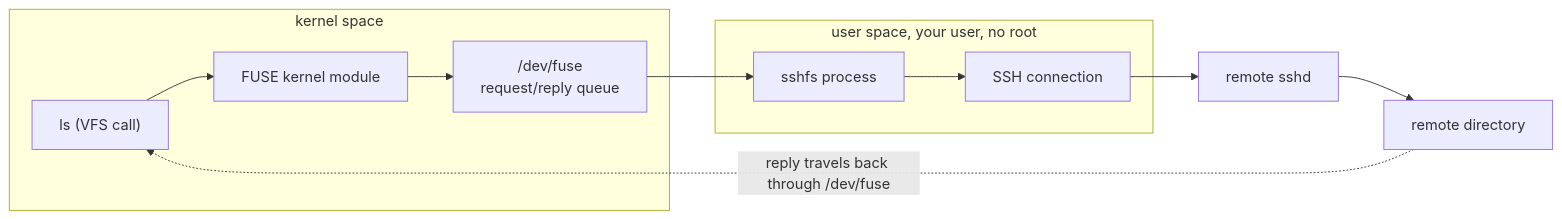
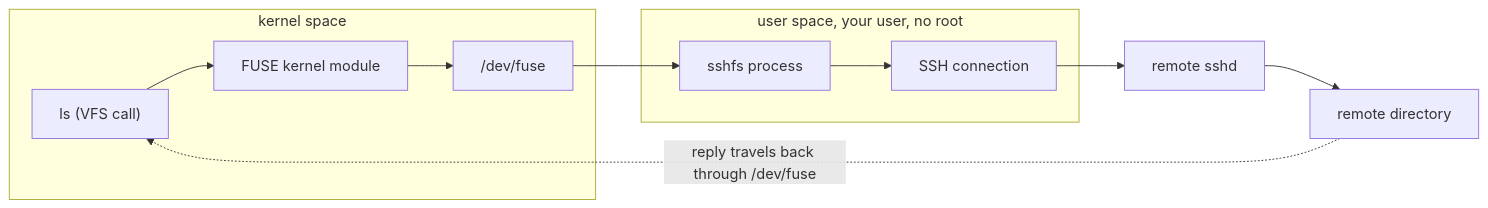
The diagram in sections/section-020/module-01/course-01-sshfs-and-fuse.md (astrona-io/ATS004), drawn with Mermaid before and after one commit. The commit also changed other lines of this file and 287 other files, not shown here.

````diff
--- a/sections/section-020/module-01/course-01-sshfs-and-fuse.md
+++ b/sections/section-020/module-01/course-01-sshfs-and-fuse.md
@@ -27,14 +25,14 @@
 ```mermaid
 flowchart LR
     subgraph K["kernel space"]
         A["ls (VFS call)"] --> B["FUSE kernel module"]
-        B --> Q["/dev/fuse<br/>request/reply queue"]
+        B --> Q["/dev/fuse"]
     end
     subgraph U["user space, your user, no root"]
         Q --> C["sshfs process"]
         C --> D["SSH connection"]
     end
     D --> E["remote sshd"]
     E --> F["remote directory"]
     F -.->|"reply travels back through /dev/fuse"| A
 ```
````
